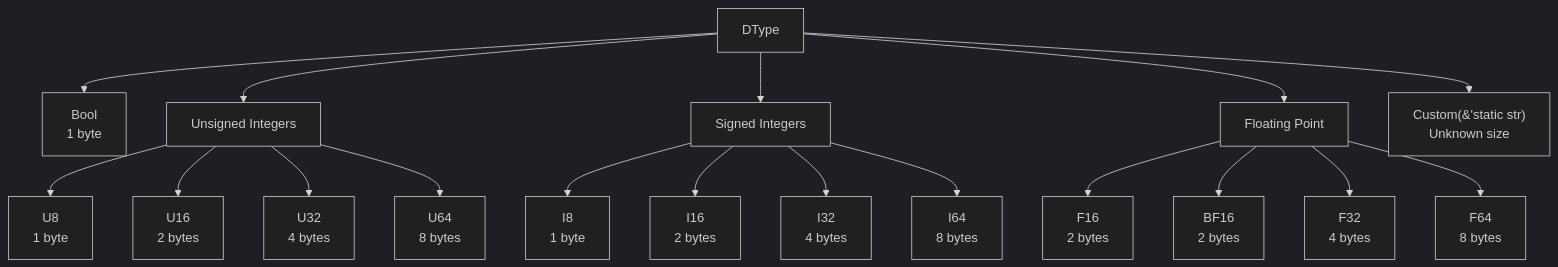
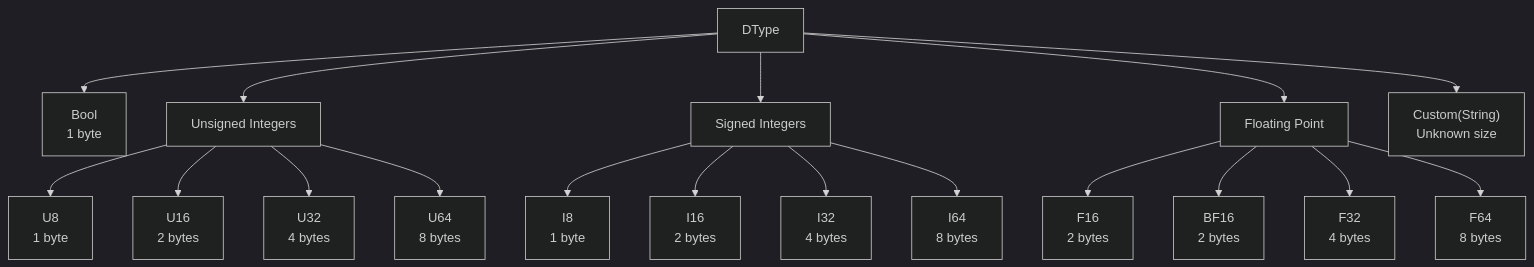
The first of 2 diagrams in docs/dtype.md (vansweej/graphynx), drawn with Mermaid (dark theme) before and after one commit. The commit also changed other lines of this file and 22 other files, not shown here.

Commit message:
feat(core): add serde graph persistence

````diff
--- a/docs/dtype.md
+++ b/docs/dtype.md
@@ -7,24 +7,24 @@
 ```mermaid
 graph TD
     DType --> Boolean["Bool<br/>1 byte"]
 
     DType --> Unsigned["Unsigned Integers"]
     Unsigned --> U8["U8<br/>1 byte"]
     Unsigned --> U16["U16<br/>2 bytes"]
     Unsigned --> U32["U32<br/>4 bytes"]
     Unsigned --> U64["U64<br/>8 bytes"]
 
     DType --> Signed["Signed Integers"]
     Signed --> I8["I8<br/>1 byte"]
     Signed --> I16["I16<br/>2 bytes"]
     Signed --> I32["I32<br/>4 bytes"]
     Signed --> I64["I64<br/>8 bytes"]
 
     DType --> Float["Floating Point"]
     Float --> F16["F16<br/>2 bytes"]
     Float --> BF16["BF16<br/>2 bytes"]
     Float --> F32["F32<br/>4 bytes"]
     Float --> F64["F64<br/>8 bytes"]
 
-    DType --> Custom_["Custom(&'static str)<br/>Unknown size"]
+    DType --> Custom_["Custom(String)<br/>Unknown size"]
 ```
````
